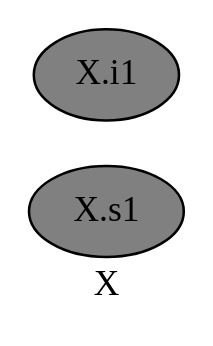
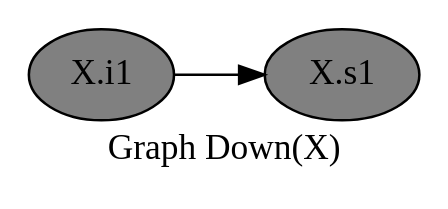
Before and after one commit to gerakilmurray/genevalmag: the diagram in src/out_graph/down_graph_7.dot, drawn with Graphviz. The commit also changed 31 other files, not shown here.

Commit message:
- Cambiado key de rule con "." entre left value y right value. - Funcionando dp graph - Funcionando down graph

```diff
--- a/src/out_graph/down_graph_7.dot
+++ b/src/out_graph/down_graph_7.dot
@@ -1,8 +1,9 @@
 digraph G {
 graph [
-label="X", rankdir="LR", ratio="compress"];
+label="Graph Down(X)", rankdir="LR", ratio="compress"];
 node [
 color="black", fillcolor="gray", shape="ellipse", style="filled"];
-0[label="X.s1"];
-1[label="X.i1"];
+0[label="X.i1"];
+1[label="X.s1"];
+0->1 ;
 }
```
